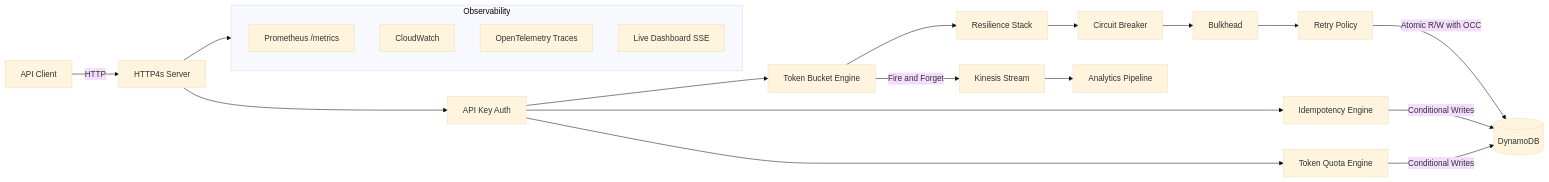
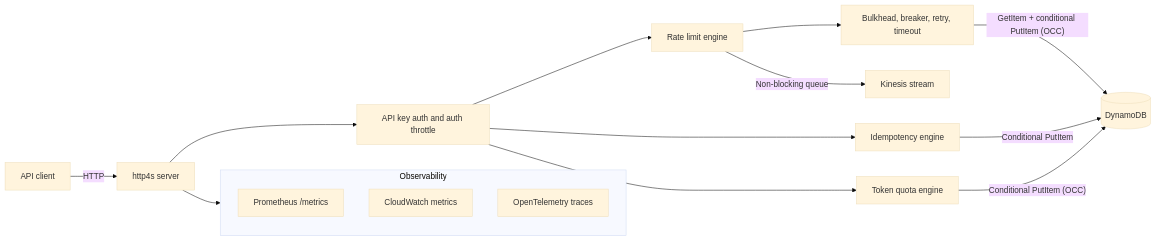
One commit to saintparish4/gate changed the first of 2 diagrams in README.md. Above: the diagram before and after it, drawn with Mermaid (base theme). The commit also changed other lines of this file, not shown here.

````diff
--- a/README.md
+++ b/README.md
@@ -48,24 +53,19 @@
 ```mermaid
 flowchart LR
-    Client[API Client] -->|HTTP| Server[HTTP4s Server]
-    Server --> Auth[API Key Auth]
-    Auth --> RateLimiter[Token Bucket Engine]
-    Auth --> Idempotency[Idempotency Engine]
-    Auth --> Quota[Token Quota Engine]
-    RateLimiter --> Resilient[Resilience Stack]
-    Resilient --> CB[Circuit Breaker]
-    CB --> BH[Bulkhead]
-    BH --> Retry[Retry Policy]
-    Retry -->|"Atomic R/W with OCC"| DynamoDB[(DynamoDB)]
-    Idempotency -->|"Conditional Writes"| DynamoDB
-    Quota -->|"Conditional Writes"| DynamoDB
-    RateLimiter -->|"Fire and Forget"| Kinesis[Kinesis Stream]
-    Kinesis --> Analytics[Analytics Pipeline]
-    subgraph observability [Observability]
-        Prometheus[Prometheus /metrics]
-        CloudWatch[CloudWatch]
-        OTel[OpenTelemetry Traces]
-        Dashboard[Live Dashboard SSE]
+    Client[API client] -->|HTTP| Server[http4s server]
+    Server --> Auth[API key auth and auth throttle]
+    Auth --> RL[Rate limit engine]
+    Auth --> Idem[Idempotency engine]
+    Auth --> Quota[Token quota engine]
+    RL --> Res[Bulkhead, breaker, retry, timeout]
+    Res -->|"GetItem + conditional PutItem (OCC)"| DDB[(DynamoDB)]
+    Idem -->|"Conditional PutItem"| DDB
+    Quota -->|"Conditional PutItem (OCC)"| DDB
+    RL -->|"Non-blocking queue"| Kinesis[Kinesis stream]
+    subgraph obs [Observability]
+        Prom[Prometheus /metrics]
+        CW[CloudWatch metrics]
+        OTel[OpenTelemetry traces]
     end
-    Server --> observability
+    Server --> obs
 ```
````
